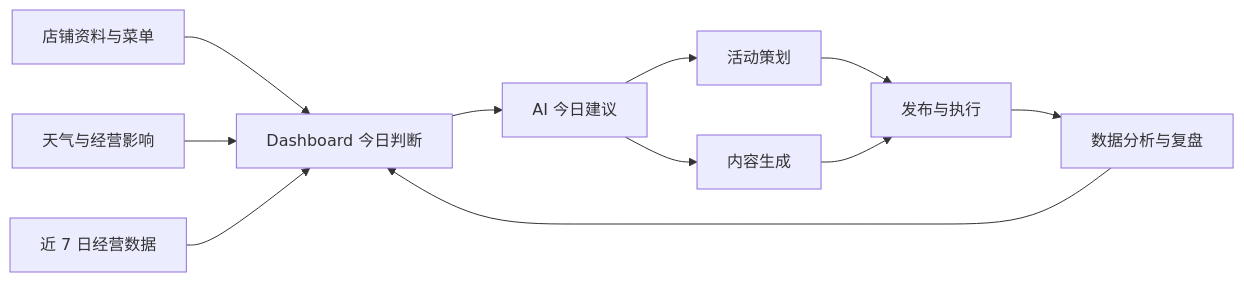
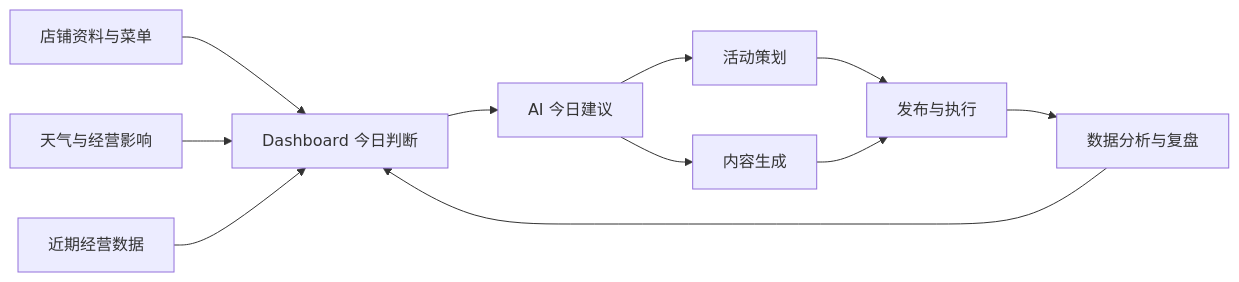
Before and after one commit to HarryPeverell/campus-ai-merchant-assistant: the first of 2 diagrams in README.md, drawn with Mermaid. The commit also changed other lines of this file and 1 other file, not shown here.

````diff
--- a/README.md
+++ b/README.md
@@ -42,13 +39,13 @@
 ```mermaid
 flowchart LR
     A[店铺资料与菜单] --> B[Dashboard 今日判断]
     C[天气与经营影响] --> B
-    D[近 7 日经营数据] --> B
+    D[近期经营数据] --> B
     B --> E[AI 今日建议]
     E --> F[活动策划]
     E --> G[内容生成]
     F --> H[发布与执行]
     G --> H
     H --> I[数据分析与复盘]
     I --> B
 ```
````
